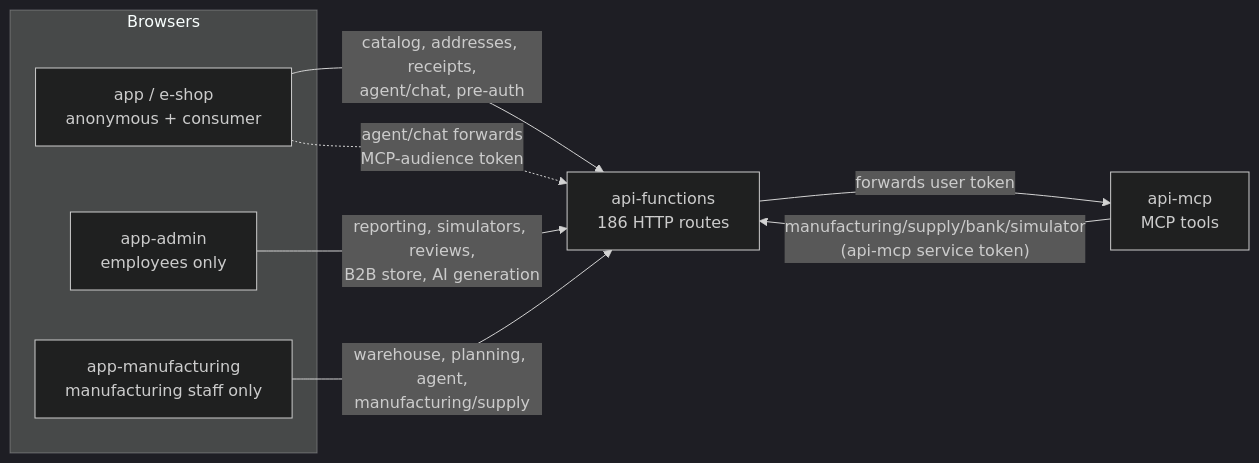
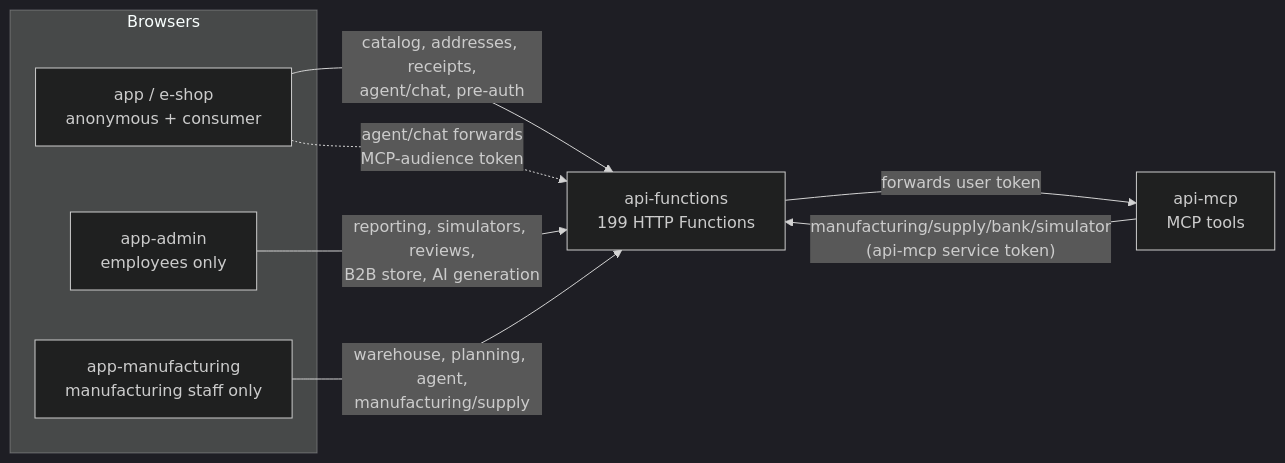
The first of 2 diagrams in docs/features/functions-oauth/README.md (ahems/AdventureWorks), drawn with Mermaid (dark theme) before and after one commit. The commit also changed other lines of this file and 250 other files, not shown here.

````diff
--- a/docs/features/functions-oauth/README.md
+++ b/docs/features/functions-oauth/README.md
@@ -86,17 +133,17 @@
 ```mermaid
 flowchart LR
   subgraph Browsers
     ESHOP[app / e-shop<br/>anonymous + consumer]
     ADMIN[app-admin<br/>employees only]
     MFG[app-manufacturing<br/>manufacturing staff only]
   end
   MCP[api-mcp<br/>MCP tools]
-  FUNC[api-functions<br/>186 HTTP routes]
+  FUNC[api-functions<br/>199 HTTP Functions]
 
   ESHOP -->|catalog, addresses, receipts,<br/>agent/chat, pre-auth| FUNC
   ADMIN -->|reporting, simulators, reviews,<br/>B2B store, AI generation| FUNC
   MFG -->|warehouse, planning, agent,<br/>manufacturing/supply| FUNC
   ESHOP -.->|agent/chat forwards<br/>MCP-audience token| FUNC
   FUNC -->|forwards user token| MCP
   MCP -->|"manufacturing/supply/bank/simulator<br/>(api-mcp service token)"| FUNC
 ```
````
